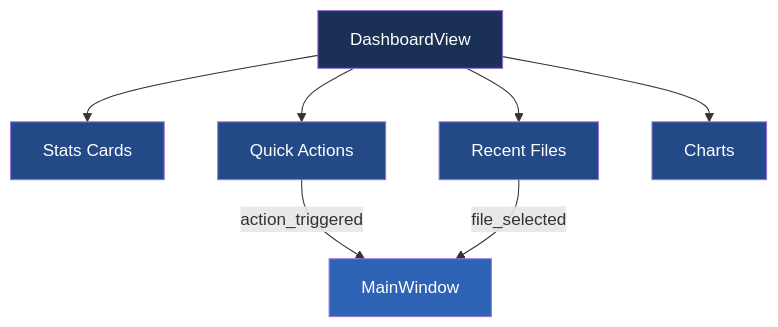
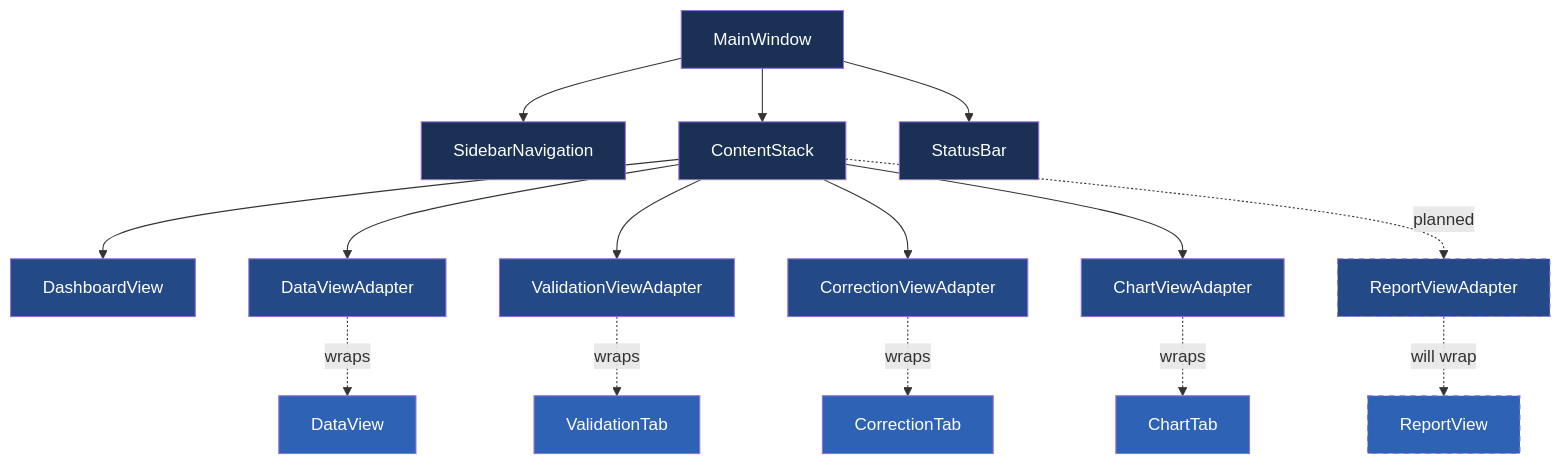
Before and after one commit to LinkesAuge/ChestBuddy: the second of 3 diagrams in memory-bank/systemPatterns.md, drawn with Mermaid. The commit also changed other lines of this file and 6 other files, not shown here.

````diff
--- a/memory-bank/systemPatterns.md
+++ b/memory-bank/systemPatterns.md
@@ -927,16 +192,34 @@
 ```mermaid
 graph TD
-    DB[DashboardView] --> SC[Stats Cards]
-    DB --> RF[Recent Files]
-    DB --> QA[Quick Actions]
-    DB --> CH[Charts]
-    QA -- action_triggered --> MW[MainWindow]
-    RF -- file_selected --> MW
+    MW[MainWindow] --> SB[SidebarNavigation]
+    MW --> CS[ContentStack]
+    MW --> STB[StatusBar]
+    CS --> D[DashboardView]
+    CS --> DV[DataViewAdapter]
+    CS --> VV[ValidationViewAdapter]
+    CS --> CV[CorrectionViewAdapter]
+    CS --> CHV[ChartViewAdapter]
+    CS -.planned.-> RPV[ReportViewAdapter]
     
-    style DB fill:#1a3055,color:#fff
-    style SC fill:#234a87,color:#fff
-    style RF fill:#234a87,color:#fff
-    style QA fill:#234a87,color:#fff
-    style CH fill:#234a87,color:#fff
-    style MW fill:#2e62b5,color:#fff
+    DV -.wraps.-> DO[DataView]
+    VV -.wraps.-> VO[ValidationTab]
+    CV -.wraps.-> CO[CorrectionTab]
+    CHV -.wraps.-> CHO[ChartTab]
+    RPV -.will wrap.-> RPO[ReportView]
+    
+    style MW fill:#1a3055,color:#fff
+    style SB fill:#1a3055,color:#fff
+    style CS fill:#1a3055,color:#fff
+    style STB fill:#1a3055,color:#fff
+    style D fill:#234a87,color:#fff
+    style DV fill:#234a87,color:#fff
+    style VV fill:#234a87,color:#fff
+    style CV fill:#234a87,color:#fff
+    style CHV fill:#234a87,color:#fff
+    style RPV fill:#234a87,color:#fff,stroke-dasharray: 5 5
+    style DO fill:#2e62b5,color:#fff
+    style VO fill:#2e62b5,color:#fff
+    style CO fill:#2e62b5,color:#fff
+    style CHO fill:#2e62b5,color:#fff
+    style RPO fill:#2e62b5,color:#fff,stroke-dasharray: 5 5
 ```
````
